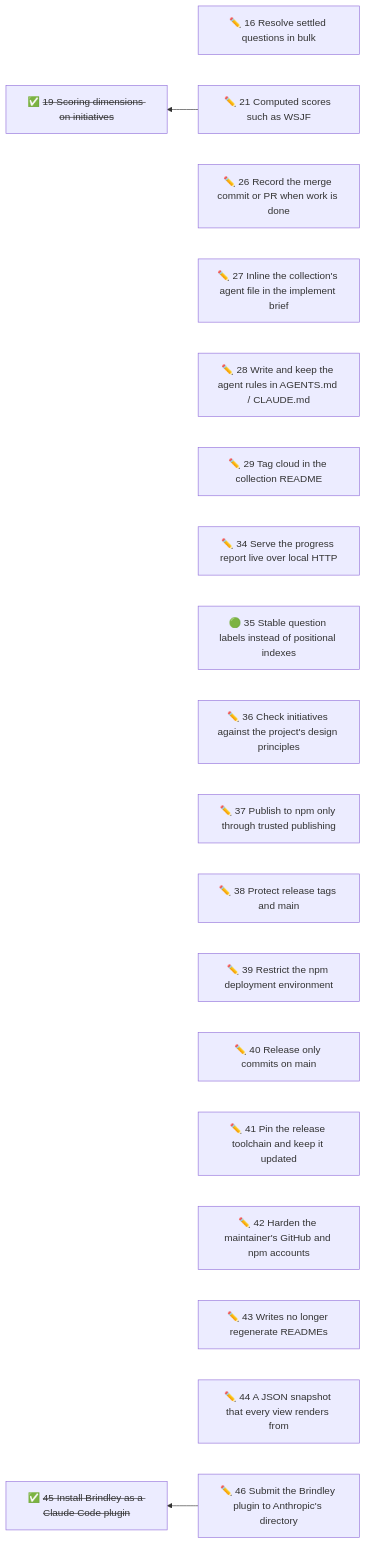
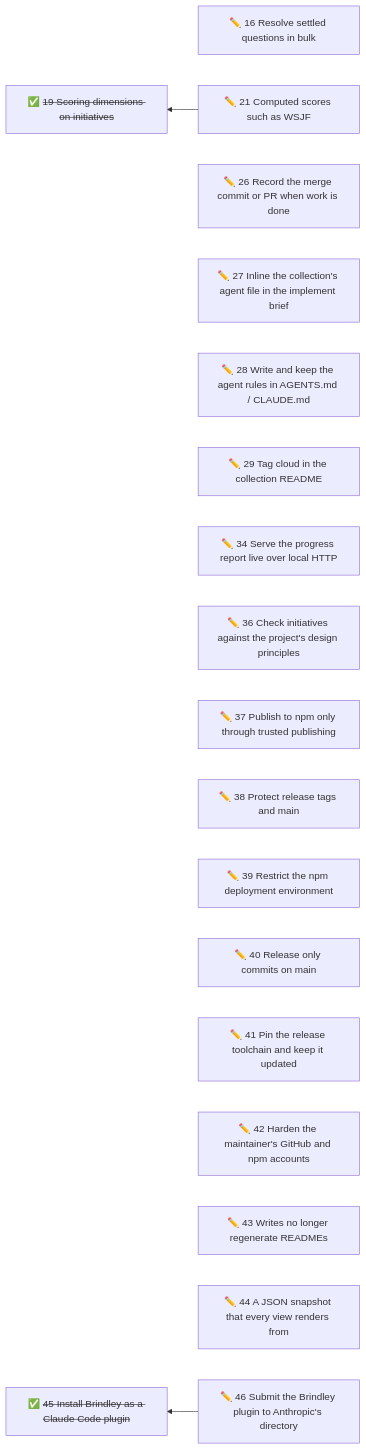
One commit to duckAsteroid/brindley changed the diagram in initiatives/README.md. Above: the diagram before and after it, drawn with Mermaid. The commit also changed other lines of this file and 20 other files, not shown here.

First line of the commit message:
feat!: address open questions by stable labels

````diff
--- a/initiatives/README.md
+++ b/initiatives/README.md
@@ -48,45 +47,43 @@
 ```mermaid
 flowchart RL
   n16["✏️ 16 Resolve settled questions in bulk"]
   n21["✏️ 21 Computed scores such as WSJF"]
   n26["✏️ 26 Record the merge commit or PR when work is done"]
   n27["✏️ 27 Inline the collection's agent file in the implement brief"]
   n28["✏️ 28 Write and keep the agent rules in AGENTS.md / CLAUDE.md"]
   n29["✏️ 29 Tag cloud in the collection README"]
   n34["✏️ 34 Serve the progress report live over local HTTP"]
-  n35["🟢 35 Stable question labels instead of positional indexes"]
   n36["✏️ 36 Check initiatives against the project's design principles"]
   n37["✏️ 37 Publish to npm only through trusted publishing"]
   n38["✏️ 38 Protect release tags and main"]
   n39["✏️ 39 Restrict the npm deployment environment"]
   n40["✏️ 40 Release only commits on main"]
   n41["✏️ 41 Pin the release toolchain and keep it updated"]
   n42["✏️ 42 Harden the maintainer's GitHub and npm accounts"]
   n43["✏️ 43 Writes no longer regenerate READMEs"]
   n44["✏️ 44 A JSON snapshot that every view renders from"]
   n46["✏️ 46 Submit the Brindley plugin to Anthropic's directory"]
   n19["✅ <s>19 Scoring dimensions on initiatives</s>"]
   n45["✅ <s>45 Install Brindley as a Claude Code plugin</s>"]
   n21 --> n19
   n46 --> n45
   click n16 href "16-resolve-settled-questions-in-bulk.md"
   click n21 href "21-computed-scores-such-as-wsjf.md"
   click n26 href "26-record-the-merge-commit-or-pr-when-work-is-done.md"
   click n27 href "27-inline-the-collection-s-agent-file-in-the-implement-brief.md"
   click n28 href "28-write-and-keep-the-agent-rules-in-agents-md-claude-md.md"
   click n29 href "29-tag-cloud-in-the-collection-readme.md"
   click n34 href "34-serve-the-progress-report-live-over-local-http.md"
-  click n35 href "35-stable-question-labels-instead-of-positional-indexes.md"
   click n36 href "36-check-initiatives-against-the-project-s-design-principles.md"
   click n37 href "37-publish-to-npm-only-through-trusted-publishing.md"
   click n38 href "38-protect-release-tags-and-main.md"
   click n39 href "39-restrict-the-npm-deployment-environment.md"
   click n40 href "40-release-only-commits-on-main.md"
   click n41 href "41-pin-the-release-toolchain-and-keep-it-updated.md"
   click n42 href "42-harden-the-maintainer-s-github-and-npm-accounts.md"
   click n43 href "43-writes-no-longer-regenerate-readmes.md"
   click n44 href "44-a-json-snapshot-that-every-view-renders-from.md"
   click n46 href "46-submit-the-brindley-plugin-to-anthropic-s-directory.md"
   click n19 href "done/19-rank-initiatives-by-scoring-dimensions.md"
   click n45 href "done/45-install-brindley-as-a-claude-code-plugin.md"
 ```
````
